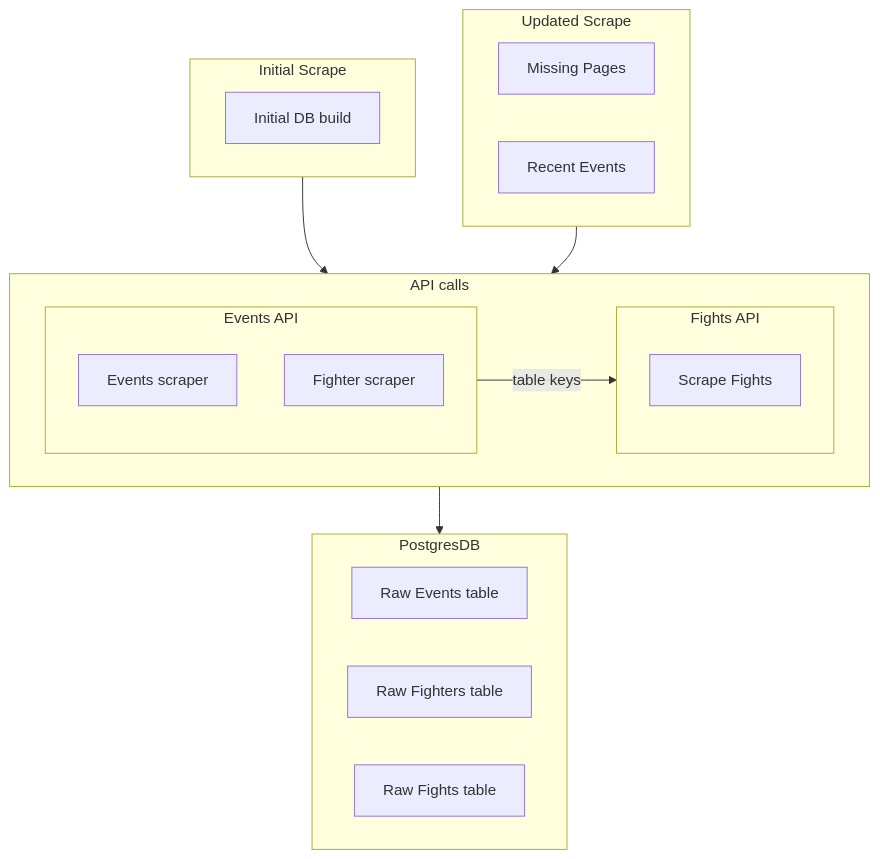
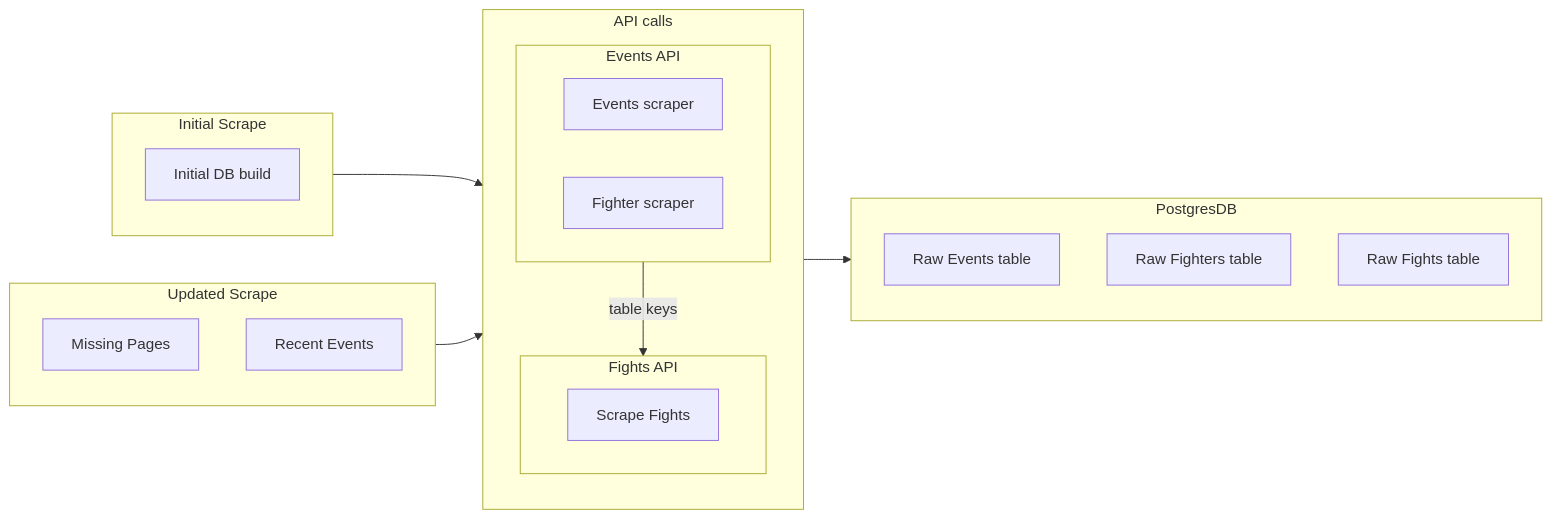
One commit to A-Slimani/ufc-data-project changed the diagram in flowcharts/scraper.md. Above: the diagram before and after it, drawn with Mermaid.

````diff
--- a/flowcharts/scraper.md
+++ b/flowcharts/scraper.md
@@ -1,33 +1,33 @@
 ```mermaid
-flowchart TD 
+flowchart LR 
     subgraph build["Initial Scrape"]
         inital_db_build["Initial DB build"]
     end
 
     subgraph checks["Updated Scrape"]
         missing_pages["Missing Pages"]
         recent_events["Recent Events"]
     end
 
     subgraph api_calls["API calls"]
         subgraph events_api["Events API"]
             scrape_events["Events scraper"]    
             scrape_fighters["Fighter scraper"]
         end
         subgraph fights_api["Fights API"]
             scrape_fights["Scrape Fights"]
         end
     end
 
     subgraph storage["PostgresDB"]
         raw_events_table["Raw Events table"]
         raw_fighters_table["Raw Fighters table"]
         raw_fights_table["Raw Fights table"]
     end
 
     build --> api_calls 
     checks --> api_calls
     events_api -->|table keys| fights_api 
     api_calls --> storage
 
 ```
````
